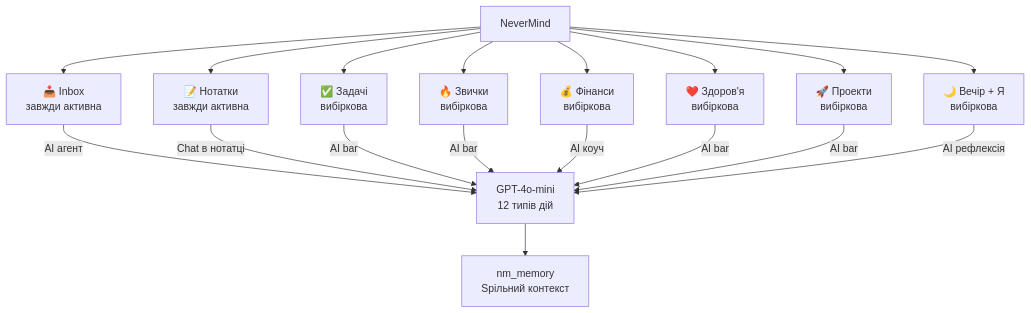
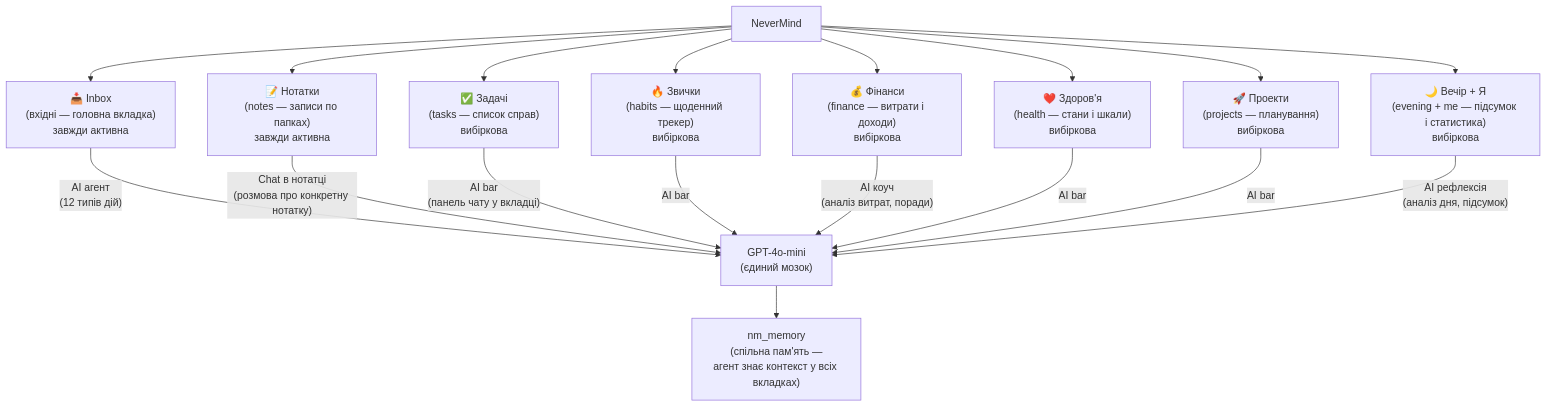
The sixth of 6 diagrams in docs/ARCHITECTURE.md (OWLs68/NeverMind), drawn with Mermaid before and after one commit. The commit also changed other lines of this file, not shown here.

First line of the commit message:
docs: додати переклади і описи до всіх діаграм

````diff
--- a/docs/ARCHITECTURE.md
+++ b/docs/ARCHITECTURE.md
@@ -212,22 +229,22 @@
 ```mermaid
 graph TD
-    APP[NeverMind] --> INB_T[📥 Inbox\nзавжди активна]
-    APP --> NOT_T[📝 Нотатки\nзавжди активна]
-    APP --> TSK_T[✅ Задачі\nвибіркова]
-    APP --> HAB_T[🔥 Звички\nвибіркова]
-    APP --> FIN_T[💰 Фінанси\nвибіркова]
-    APP --> HLT_T[❤️ Здоров'я\nвибіркова]
-    APP --> PRJ_T[🚀 Проекти\nвибіркова]
-    APP --> EVE_T[🌙 Вечір + Я\nвибіркова]
+    APP[NeverMind] --> INB_T["📥 Inbox\n(вхідні — головна вкладка)\nзавжди активна"]
+    APP --> NOT_T["📝 Нотатки\n(notes — записи по папках)\nзавжди активна"]
+    APP --> TSK_T["✅ Задачі\n(tasks — список справ)\nвибіркова"]
+    APP --> HAB_T["🔥 Звички\n(habits — щоденний трекер)\nвибіркова"]
+    APP --> FIN_T["💰 Фінанси\n(finance — витрати і доходи)\nвибіркова"]
+    APP --> HLT_T["❤️ Здоров'я\n(health — стани і шкали)\nвибіркова"]
+    APP --> PRJ_T["🚀 Проекти\n(projects — планування)\nвибіркова"]
+    APP --> EVE_T["🌙 Вечір + Я\n(evening + me — підсумок і статистика)\nвибіркова"]
 
-    INB_T --> |AI агент| AICORE[GPT-4o-mini\n12 типів дій]
-    NOT_T --> |Chat в нотатці| AICORE
-    TSK_T --> |AI bar| AICORE
-    HAB_T --> |AI bar| AICORE
-    FIN_T --> |AI коуч| AICORE
-    HLT_T --> |AI bar| AICORE
-    PRJ_T --> |AI bar| AICORE
-    EVE_T --> |AI рефлексія| AICORE
+    INB_T --> |"AI агент\n(12 типів дій)"| AICORE["GPT-4o-mini\n(єдиний мозок)"]
+    NOT_T --> |"Chat в нотатці\n(розмова про конкретну нотатку)"| AICORE
+    TSK_T --> |"AI bar\n(панель чату у вкладці)"| AICORE
+    HAB_T --> |"AI bar"| AICORE
+    FIN_T --> |"AI коуч\n(аналіз витрат, поради)"| AICORE
+    HLT_T --> |"AI bar"| AICORE
+    PRJ_T --> |"AI bar"| AICORE
+    EVE_T --> |"AI рефлексія\n(аналіз дня, підсумок)"| AICORE
 
-    AICORE --> MEM_T[nm_memory\nSpільний контекст]
+    AICORE --> MEM_T["nm_memory\n(спільна пам'ять —\nагент знає контекст у всіх вкладках)"]
 ```
````
